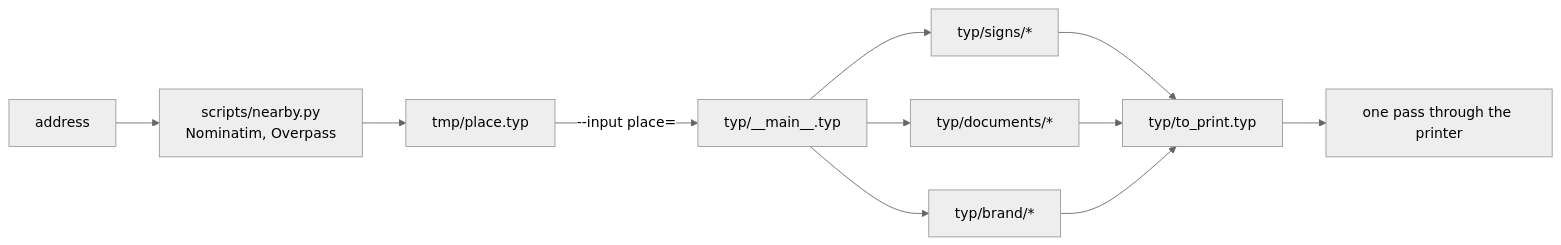
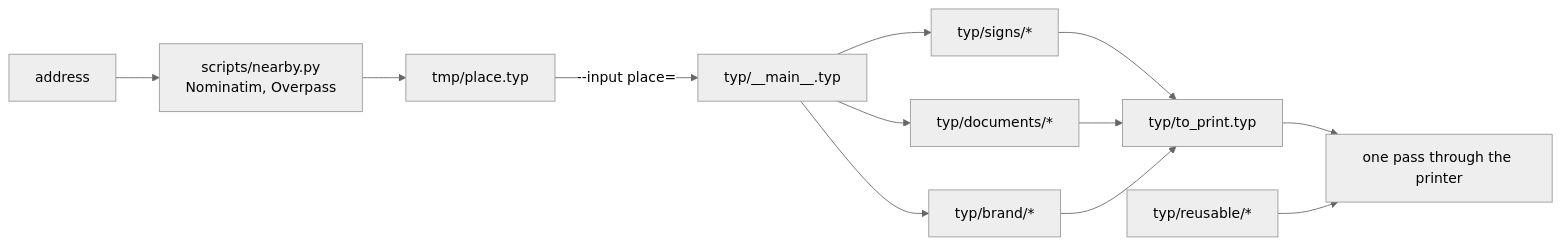
The diagram in docs/ARCHITECTURE.md (Service-Arb/verif_tools), drawn with Mermaid (neutral theme) before and after one commit. The commit also changed other lines of this file and 8 other files, not shown here.

````diff
--- a/docs/ARCHITECTURE.md
+++ b/docs/ARCHITECTURE.md
@@ -11,13 +24,14 @@
 ```mermaid
 flowchart LR
     A["address"] --> N["scripts/nearby.py<br/>Nominatim, Overpass"]
     N --> P["tmp/place.typ"]
     P -->|--input place=| M["typ/__main__.typ"]
     M --> S["typ/signs/*"]
     M --> D["typ/documents/*"]
     M --> B["typ/brand/*"]
     S --> T["typ/to_print.typ"]
     D --> T
     B --> T
     T --> O["one pass through the printer"]
+    R["typ/reusable/*"] --> O
 ```
````
